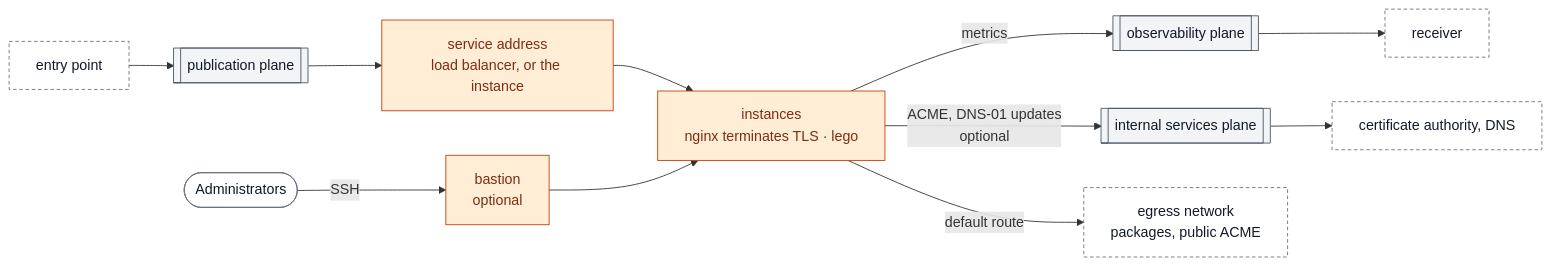
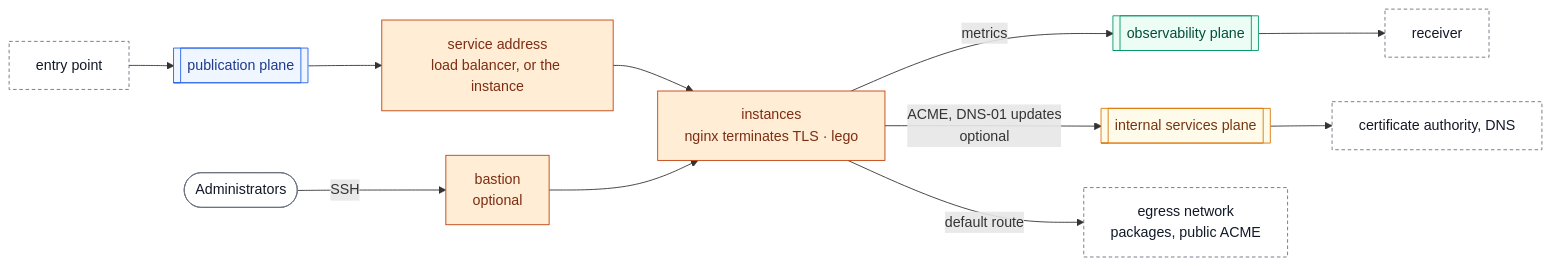
One commit to CyprisTech/openstack-multitenant-reference changed the diagram in stacks/tenants/vm/README.md. Above: the diagram before and after it, drawn with Mermaid. The commit also changed other lines of this file and 17 other files, not shown here.

First line of the commit message:
Diagrams: tenants by exposure, one palette by role, compact diagrams

````diff
--- a/stacks/tenants/vm/README.md
+++ b/stacks/tenants/vm/README.md
@@ -21,23 +21,27 @@
 ```mermaid
 flowchart LR
     EP["entry point"] --> PUB[["publication plane"]]
     PUB --> SA["service address<br/>load balancer, or the instance"]
     SA --> VM["instances<br/>nginx terminates TLS · lego"]
     VM -->|"metrics"| MON[["observability plane"]]
     MON --> RCV["receiver"]
     VM -->|"ACME, DNS-01 updates<br/>optional"| INT[["internal services plane"]]
     INT --> CA["certificate authority, DNS"]
     VM -->|"default route"| EG["egress network<br/>packages, public ACME"]
     ADM(["Administrators"]) -->|"SSH"| BA["bastion<br/>optional"]
     BA --> VM
 
     classDef shared fill:#dbeafe,stroke:#1d4ed8,color:#1e3a8a
-    classDef plane fill:#f3f4f6,stroke:#4b5563,color:#111827
+    classDef pub fill:#eff6ff,stroke:#2563eb,color:#1e3a8a
+    classDef int fill:#fffbeb,stroke:#d97706,color:#78350f
+    classDef obs fill:#ecfdf5,stroke:#059669,color:#064e3b
     classDef tenant fill:#ffedd5,stroke:#c2410c,color:#7c2d12
     classDef outside fill:#ffffff,stroke:#6b7280,color:#111827
     classDef other fill:#ffffff,stroke:#6b7280,color:#111827,stroke-dasharray:4 3
     class SA,VM,BA tenant
-    class PUB,MON,INT plane
+    class PUB pub
+    class INT int
+    class MON obs
     class EP,RCV,CA,EG other
     class ADM outside
 ```
````
